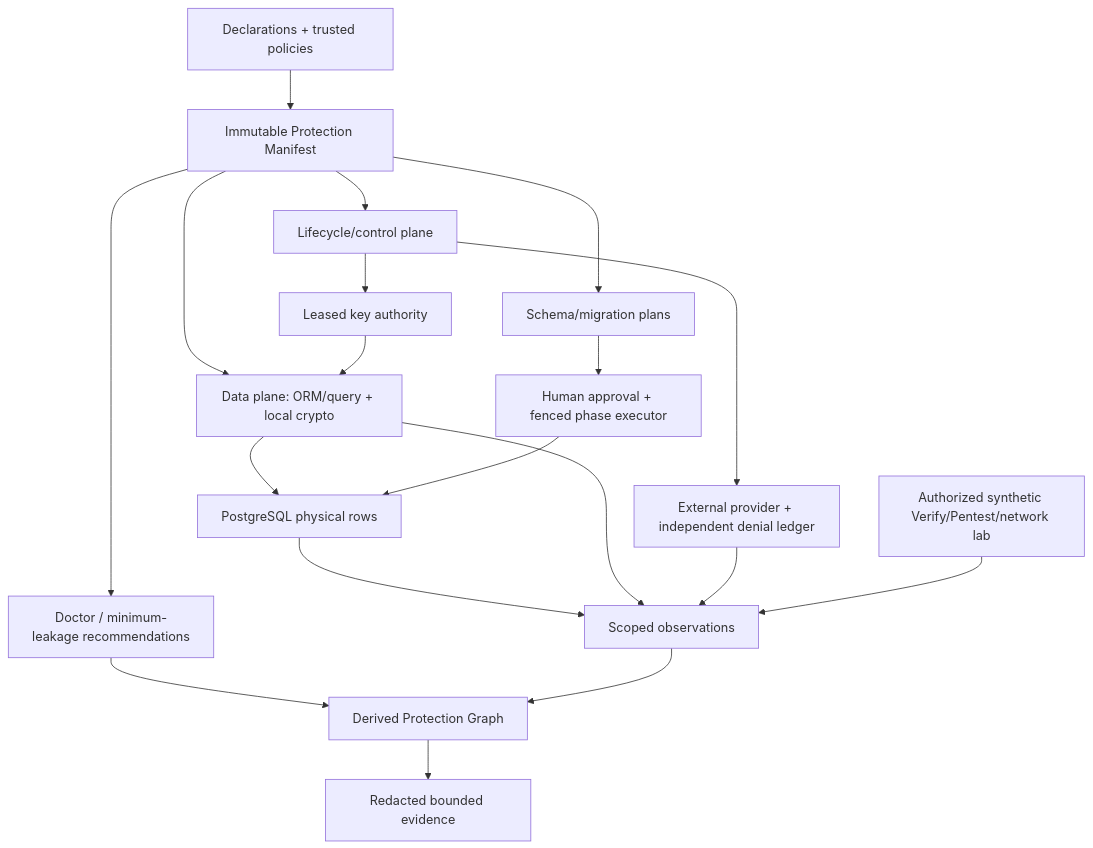
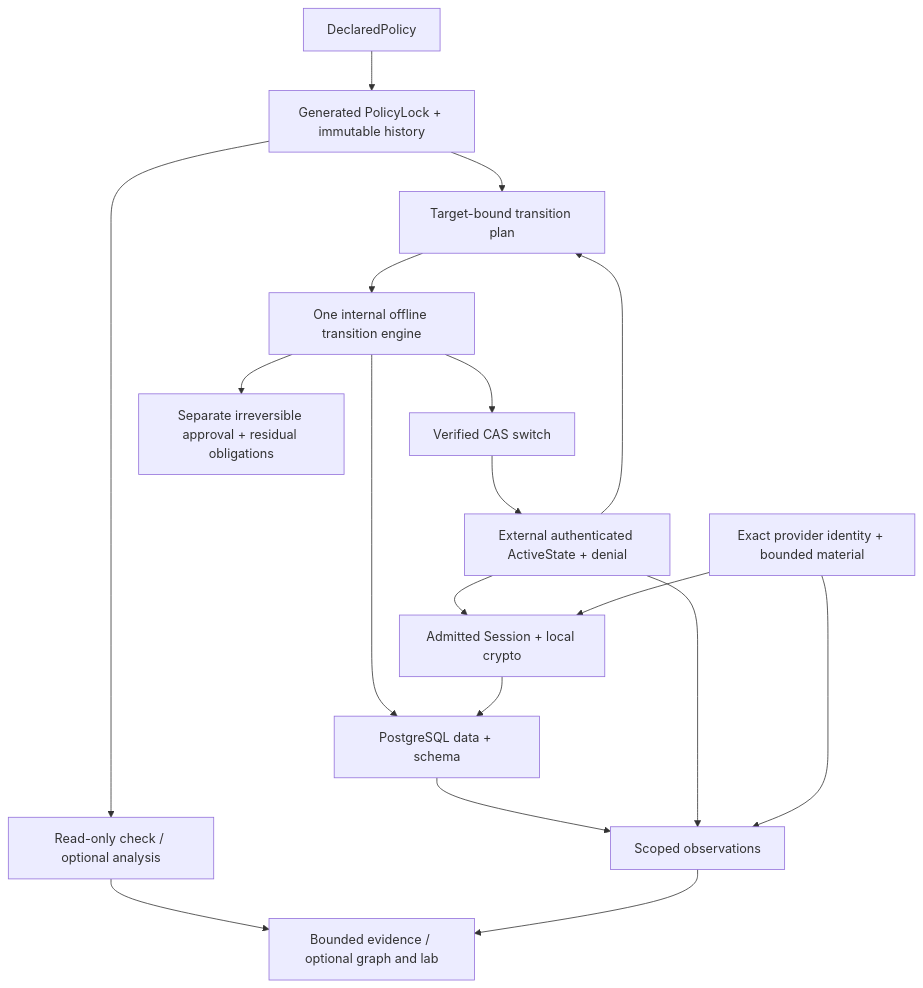
Before and after one commit to Debrato2005/cryptalis: the first of 2 diagrams in docs/architecture/README.md, drawn with Mermaid. The commit also changed other lines of this file and 14 other files, not shown here.

Commit message:
docs(architecture): require approval before plaintext persistence

````diff
--- a/docs/architecture/README.md
+++ b/docs/architecture/README.md
@@ -122,21 +125,20 @@
 ```mermaid
 flowchart TD
-  Decl[Declarations + trusted policies] --> Manifest[Immutable Protection Manifest]
-  Manifest --> Runtime[Data plane: ORM/query + local crypto]
-  Manifest --> Schema[Schema/migration plans]
-  Manifest --> Lifecycle[Lifecycle/control plane]
-  Runtime --> DB[PostgreSQL physical rows]
-  Schema --> Review[Human approval + fenced phase executor]
-  Review --> DB
-  Lifecycle --> Provider[External provider + independent denial ledger]
-  Lifecycle --> Handles[Leased key authority]
-  Handles --> Runtime
-  Manifest --> Analysis[Doctor / minimum-leakage recommendations]
+  Decl[DeclaredPolicy] --> Lock[Generated PolicyLock + immutable history]
+  Lock --> Plan[Target-bound transition plan]
+  Authority[External authenticated ActiveState + denial] --> Plan
+  Plan --> Engine[One internal offline transition engine]
+  Engine --> DB[PostgreSQL data + schema]
+  Engine --> CAS[Verified CAS switch]
+  CAS --> Authority
+  Authority --> Runtime[Admitted Session + local crypto]
+  Runtime --> DB
+  Provider[Exact provider identity + bounded material] --> Runtime
+  Engine --> Finalizer[Separate irreversible approval + residual obligations]
+  Lock --> Check[Read-only check / optional analysis]
   DB --> Facts[Scoped observations]
-  Runtime --> Facts
+  Authority --> Facts
   Provider --> Facts
-  Analysis --> Graph[Derived Protection Graph]
-  Facts --> Graph
-  Lab[Authorized synthetic Verify/Pentest/network lab] --> Facts
-  Graph --> Evidence[Redacted bounded evidence]
+  Check --> Evidence[Bounded evidence / optional graph and lab]
+  Facts --> Evidence
 ```
````
